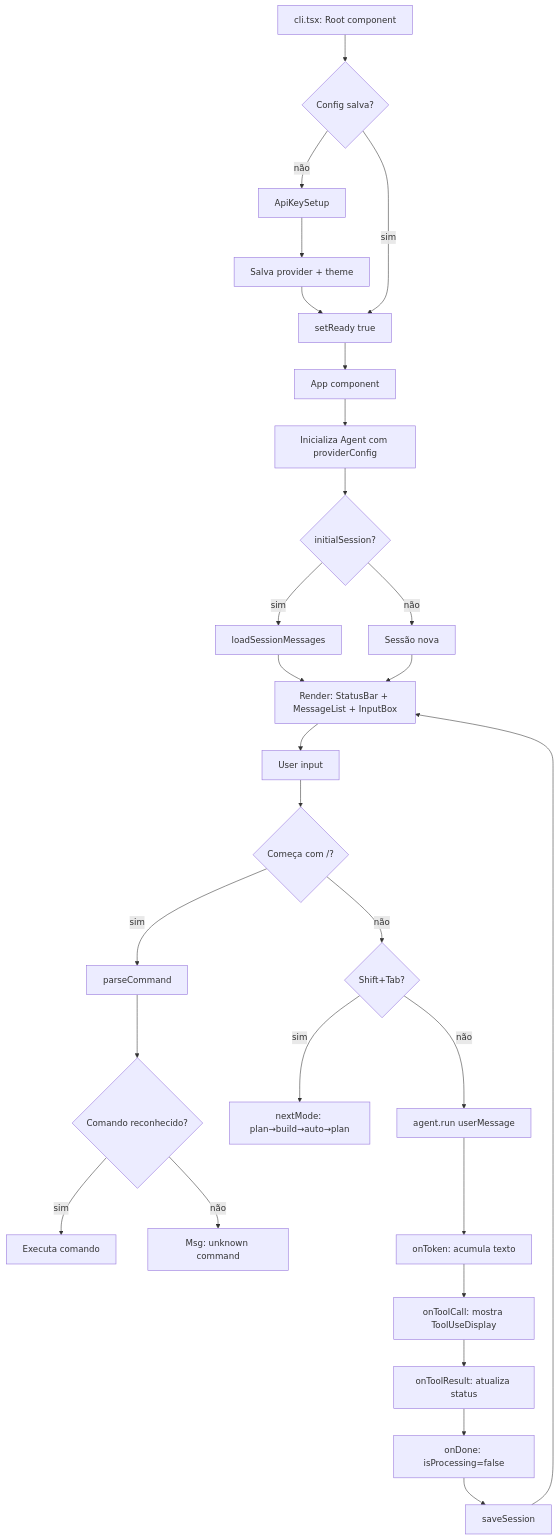
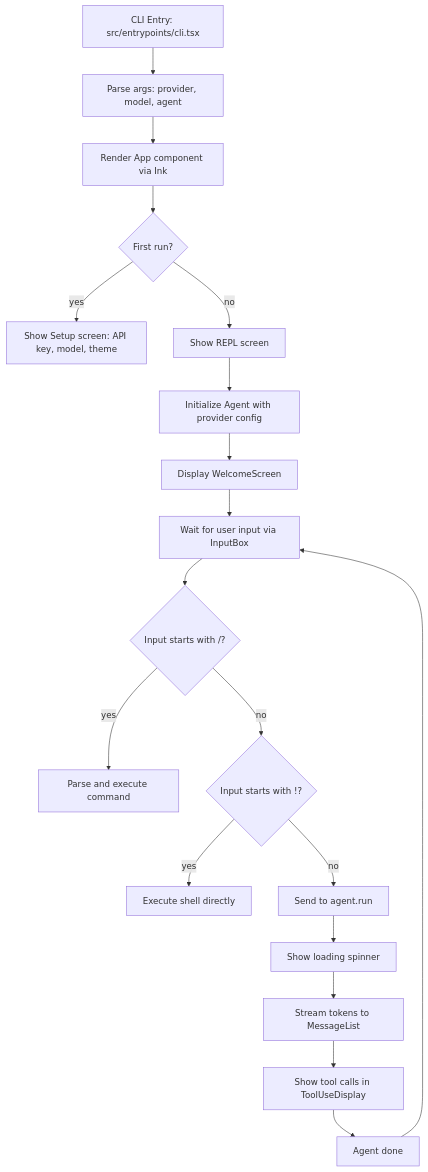
The first of 6 diagrams in _reversa_sdd/flowcharts/ui.md (Hermenics/deepseek-code), drawn with Mermaid before and after one commit. The commit also changed other lines of this file and 75 other files, not shown here.

First line of the commit message:
docs(sdd): translate ADRs and architecture docs to English, reorganize proxy module

````diff
--- a/_reversa_sdd/flowcharts/ui.md
+++ b/_reversa_sdd/flowcharts/ui.md
@@ -5,32 +8,24 @@
 ```mermaid
 flowchart TD
-    A[cli.tsx: Root component] --> B{Config salva?}
-    B -->|não| C[ApiKeySetup]
-    C --> D[Salva provider + theme]
-    D --> E[setReady true]
-    B -->|sim| E
-    E --> F[App component]
-
-    F --> G[Inicializa Agent com providerConfig]
-    G --> H{initialSession?}
-    H -->|sim| I[loadSessionMessages]
-    H -->|não| J[Sessão nova]
-    I --> K[Render: StatusBar + MessageList + InputBox]
-    J --> K
-
-    K --> L[User input]
-    L --> M{Começa com /?}
-    M -->|sim| N[parseCommand]
-    N --> O{Comando reconhecido?}
-    O -->|sim| P[Executa comando]
-    O -->|não| Q[Msg: unknown command]
-    M -->|não| R{Shift+Tab?}
-    R -->|sim| S[nextMode: plan→build→auto→plan]
-    R -->|não| T[agent.run userMessage]
-    T --> U[onToken: acumula texto]
-    U --> V[onToolCall: mostra ToolUseDisplay]
-    V --> W[onToolResult: atualiza status]
-    W --> X[onDone: isProcessing=false]
-    X --> Y[saveSession]
-    Y --> K
+    A[CLI Entry: src/entrypoints/cli.tsx] --> B[Parse args: provider, model, agent]
+    B --> C[Render App component via Ink]
+    C --> D{First run?}
+    D -->|yes| E[Show Setup screen: API key, model, theme]
+    D -->|no| F[Show REPL screen]
+    
+    F --> G[Initialize Agent with provider config]
+    G --> H[Display WelcomeScreen]
+    H --> I[Wait for user input via InputBox]
+    
+    I --> J{Input starts with /?}
+    J -->|yes| K[Parse and execute command]
+    J -->|no| L{Input starts with !?}
+    L -->|yes| M[Execute shell directly]
+    L -->|no| N[Send to agent.run]
+    
+    N --> O[Show loading spinner]
+    O --> P[Stream tokens to MessageList]
+    P --> Q[Show tool calls in ToolUseDisplay]
+    Q --> R[Agent done]
+    R --> I
 ```
````
